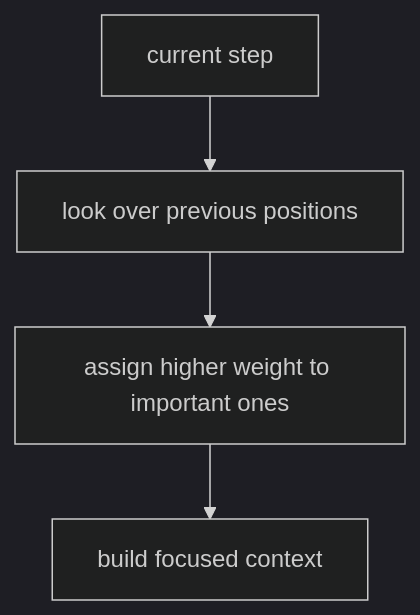
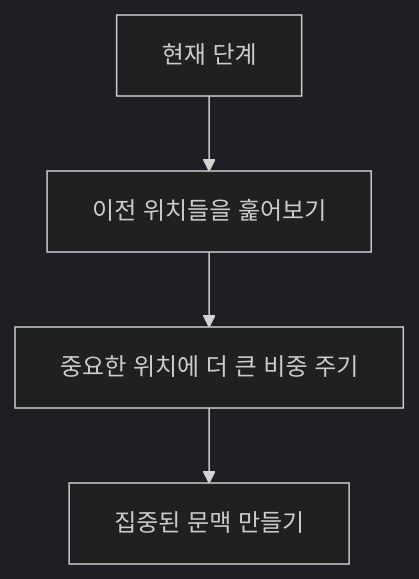
Before and after one commit to devchan64/AiBook: the diagram in docs/assets/part-05/chapter-13/attention-focus-flow-ko.mmd, drawn with Mermaid (dark theme). The commit also changed 51 other files, not shown here.

Commit message:
Update Part 5 learning support diagrams and notes

```diff
--- a/docs/assets/part-05/chapter-13/attention-focus-flow-ko.mmd
+++ b/docs/assets/part-05/chapter-13/attention-focus-flow-ko.mmd
@@ -1,9 +1,9 @@
 flowchart TD
-  A["current step"]
-  B["look over previous positions"]
-  C["assign higher weight to important ones"]
-  D["build focused context"]
+  A["현재 단계"]
+  B["이전 위치들을 훑어보기"]
+  C["중요한 위치에 더 큰 비중 주기"]
+  D["집중된 문맥 만들기"]
 
   A --> B
   B --> C
   C --> D
```
